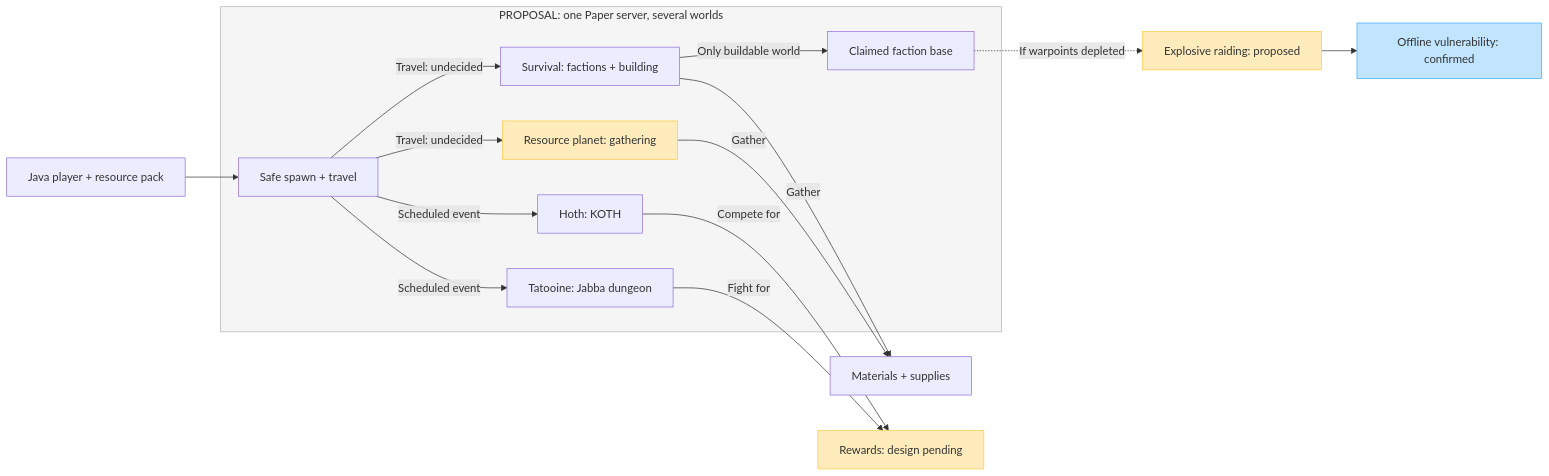
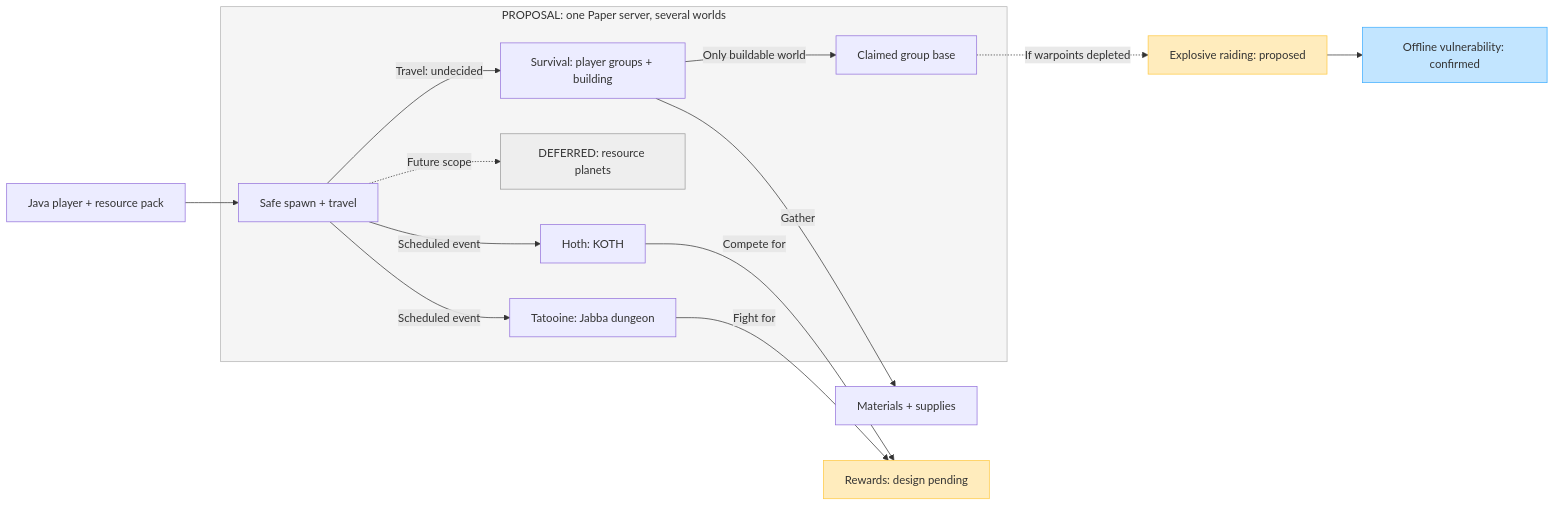
Before and after one commit to AstuteFlamez/MandoMC: the diagram in planning/world-structure.mmd, drawn with Mermaid. The commit also changed 6 other files, not shown here.

Commit message:
Separate group identity and defer resource planets in player design

```diff
--- a/planning/world-structure.mmd
+++ b/planning/world-structure.mmd
@@ -1,26 +1,25 @@
 flowchart LR
   player["Java player + resource pack"] --> spawn
   subgraph worlds ["PROPOSAL: one Paper server, several worlds"]
     spawn["Safe spawn + travel"]
-    survival["Survival: factions + building"]
-    resources["Resource planet: gathering"]
+    survival["Survival: player groups + building"]
+    resources["DEFERRED: resource planets"]
     hoth["Hoth: KOTH"]
     tatooine["Tatooine: Jabba dungeon"]
-    base["Claimed faction base"]
+    base["Claimed group base"]
     spawn -->|"Travel: undecided"| survival
-    spawn -->|"Travel: undecided"| resources
+    spawn -.->|"Future scope"| resources
     spawn -->|"Scheduled event"| hoth
     spawn -->|"Scheduled event"| tatooine
     survival -->|"Only buildable world"| base
   end
   survival -->|"Gather"| supplies["Materials + supplies"]
-  resources -->|"Gather"| supplies
   hoth -->|"Compete for"| rewards["Rewards: design pending"]
   tatooine -->|"Fight for"| rewards
   base -.->|"If warpoints depleted"| breach["Explosive raiding: proposed"]
   breach --> offline["Offline vulnerability: confirmed"]
   style worlds fill:#F5F5F5,stroke:#B3B3B3
-  style resources fill:#FFECBD,stroke:#FFC943
+  style resources fill:#EEEEEE,stroke:#999999
   style rewards fill:#FFECBD,stroke:#FFC943
   style breach fill:#FFECBD,stroke:#FFC943
   style offline fill:#C2E5FF,stroke:#3DADFF
```
